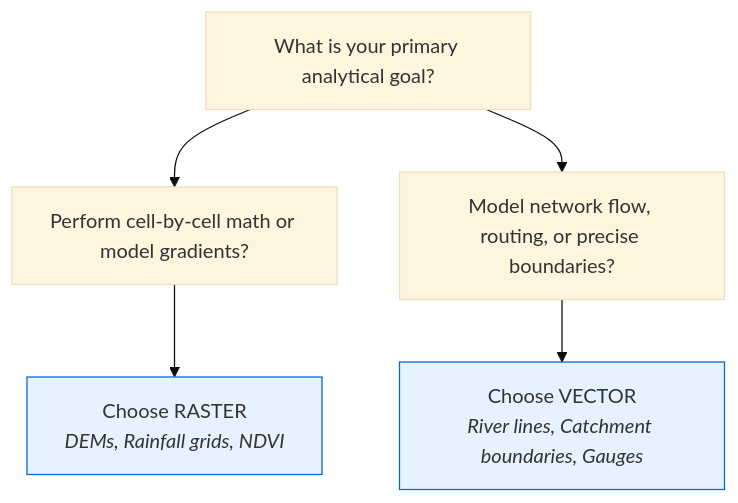
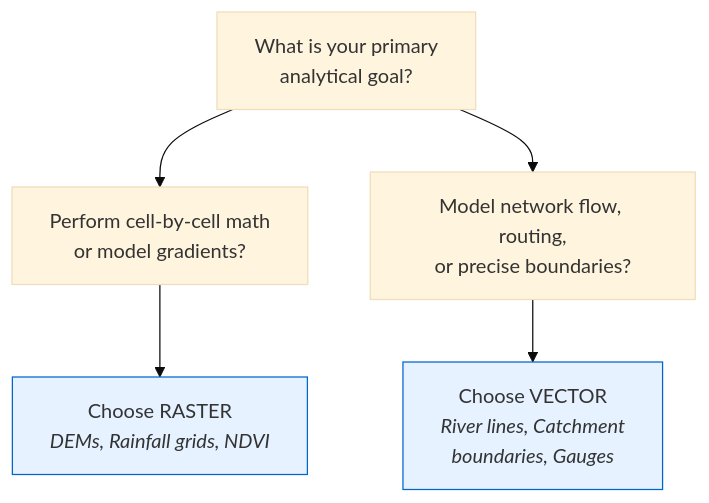
One commit to Rotten-Grapes-Pvt-Ltd/QGIS-WECS changed the second of 2 diagrams in docs/day1/03_spatial_data_models.md. Above: the diagram before and after it, drawn with Mermaid (base theme). The commit also changed other lines of this file and 32 other files, not shown here.

````diff
--- a/docs/day1/03_spatial_data_models.md
+++ b/docs/day1/03_spatial_data_models.md
@@ -93,11 +143,11 @@
 ```mermaid
 graph TD
-    Q[What is your primary analytical goal?] --> Overlay[Perform cell-by-cell math or model gradients?]
-    Q --> Network[Model network flow, routing, or precise boundaries?]
+    Q[What is your primary<br> analytical goal?] --> Overlay[Perform cell-by-cell math<br> or model gradients?]
+    Q --> Network[Model network flow, routing,<br>or precise boundaries?]
     
     Overlay --> RasterAns[Choose RASTER<br/><i>DEMs, Rainfall grids, NDVI</i>]
-    Network --> VectorAns[Choose VECTOR<br/><i>River lines, Catchment boundaries, Gauges</i>]
+    Network --> VectorAns[Choose VECTOR<br/><i>River lines, Catchment<br/>boundaries, Gauges</i>]
     
     style RasterAns fill:#e6f2ff,stroke:#0066cc
     style VectorAns fill:#e6f2ff,stroke:#0066cc
 ```
````
